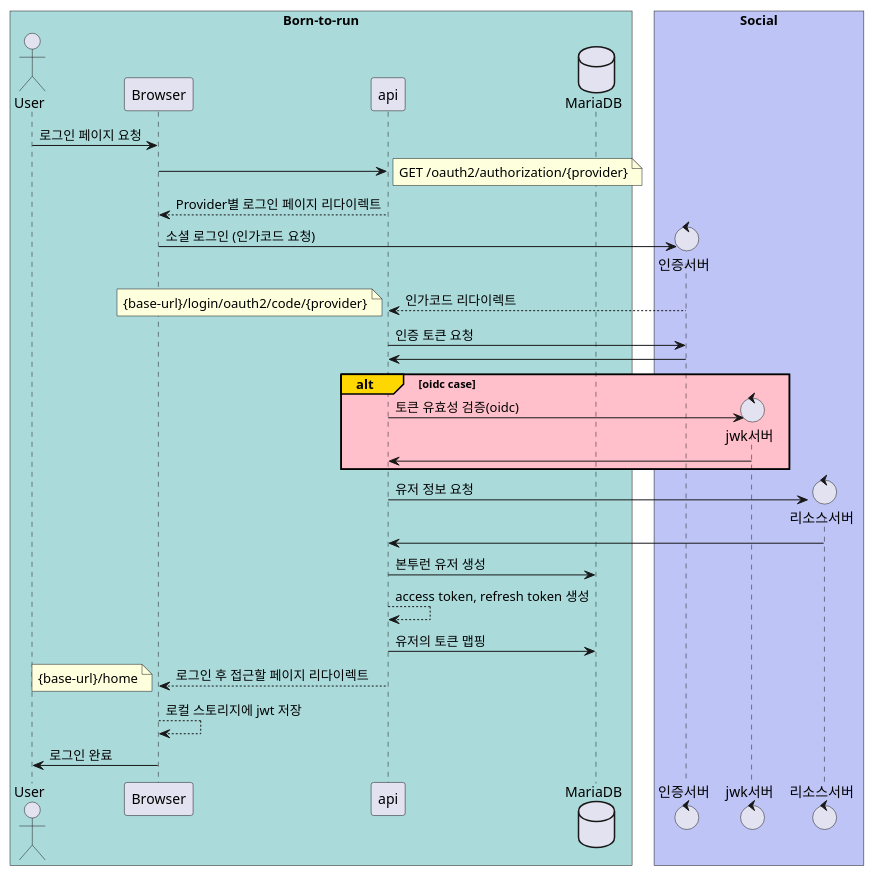
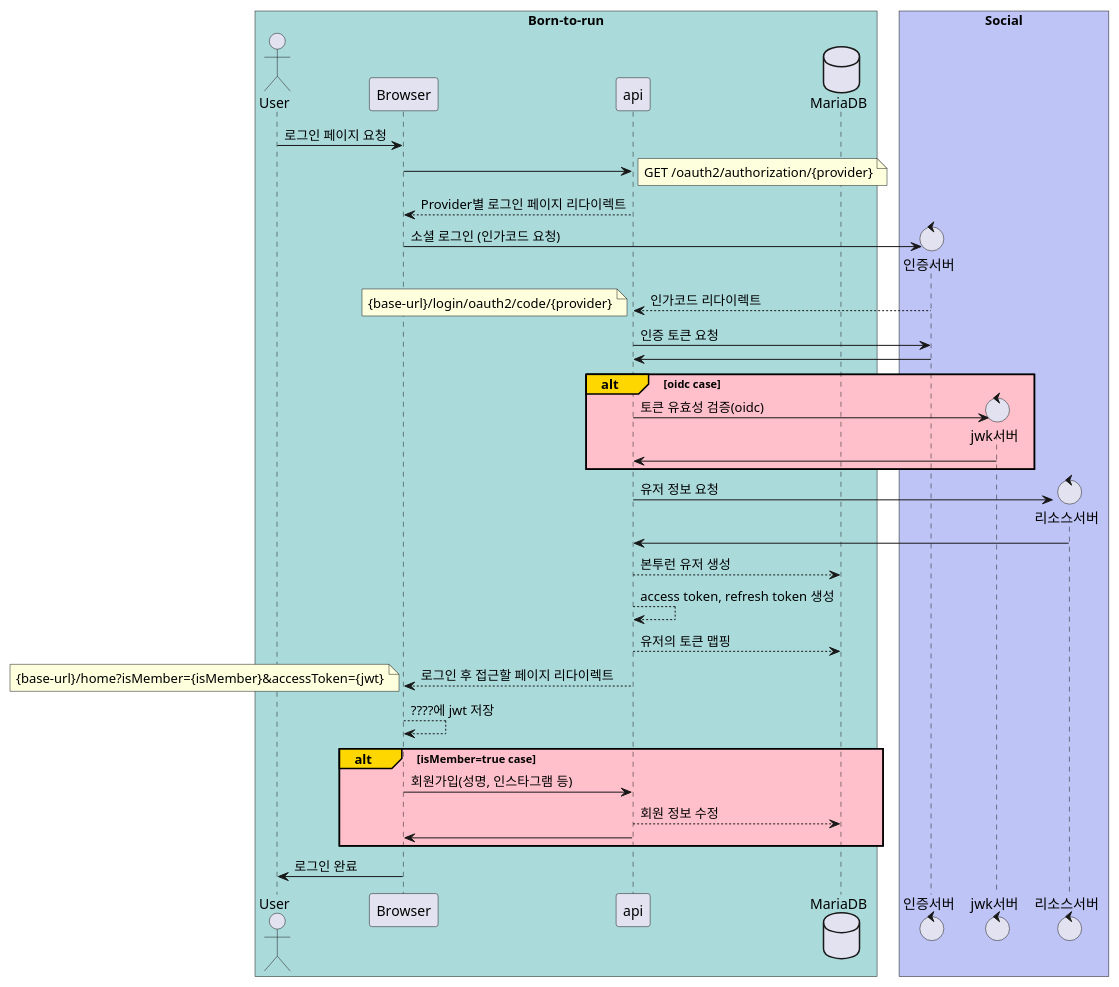
Before and after one commit to Born-toRun/api: the diagram in oauth2.puml, drawn with PlantUML. The commit also changed 6 other files, not shown here.

Commit message:
로그인 다이어그램 수정

```diff
--- a/oauth2.puml
+++ b/oauth2.puml
@@ -1,54 +1,60 @@
 @startuml
 skinparam ParticipantPadding 20
 skinparam BoxPadding 10
 
 box "Born-to-run" #ABDADB
 actor       User        as u
 participant Browser     as fe
 participant api         as be
 database    MariaDB    as db
 end box
 
 u -> fe: 로그인 페이지 요청
 fe -> be
 note right
   GET /oauth2/authorization/{provider}
 end note
 fe <-- be: Provider별 로그인 페이지 리다이렉트
 
 box "Social" #BEC4F5
 create control 인증서버 as auth
 fe -> auth: 소셜 로그인 (인가코드 요청)
 
 be <-- auth: 인가코드 리다이렉트
 note left
   {base-url}/login/oauth2/code/{provider}
 end note
 
 be -> auth: 인증 토큰 요청
 be <- auth
 
 alt#Gold #Pink oidc case
     create control jwk서버 as jwk
     be -> jwk: 토큰 유효성 검증(oidc)
     be <- jwk
 end
 
 create control 리소스서버 as resource
 be -> resource: 유저 정보 요청
 be <- resource
 
-be -> db: 본투런 유저 생성
+be --> db: 본투런 유저 생성
 be --> be: access token, refresh token 생성
-be -> db: 유저의 토큰 맵핑
+be --> db: 유저의 토큰 맵핑
 be --> fe: 로그인 후 접근할 페이지 리다이렉트
 
 note left
-  {base-url}/home
+  {base-url}/home?isMember={isMember}&accessToken={jwt}
 end note
 
-fe --> fe: 로컬 스토리지에 jwt 저장
+'vue.js에서는 보통 mutations로 jwt를 관리함
+fe --> fe: ????에 jwt 저장
+alt#Gold #Pink isMember=true case
+    fe -> be: 회원가입(성명, 인스타그램 등)
+    be --> db: 회원 정보 수정
+    fe <- be
+end
 u <- fe: 로그인 완료
 
 end box
 @enduml
```
